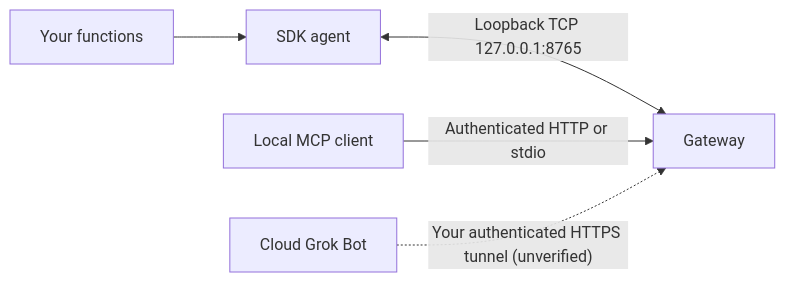
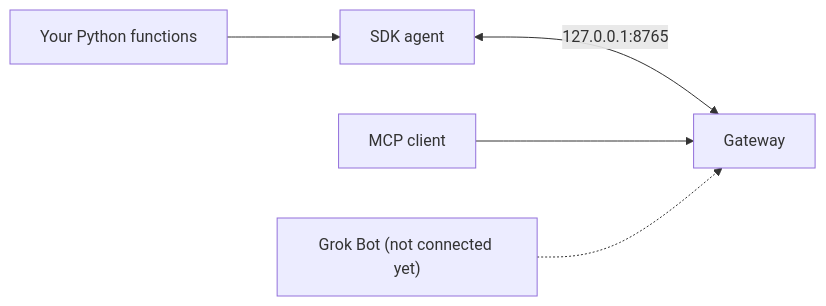
One commit to adidshaft/grok-gadgets-linux-sdk changed the diagram in README.md. Above: the diagram before and after it, drawn with Mermaid. The commit also changed other lines of this file, not shown here.

````diff
--- a/README.md
+++ b/README.md
@@ -60,7 +46,7 @@
 ```mermaid
 flowchart LR
-    A["Your functions"] --> S["SDK agent"]
-    S <-->|"Loopback TCP 127.0.0.1:8765"| G["Gateway"]
-    C["Local MCP client"] -->|"Authenticated HTTP or stdio"| G
-    B["Cloud Grok Bot"] -.->|"Your authenticated HTTPS tunnel (unverified)"| G
+    A["Your Python functions"] --> S["SDK agent"]
+    S <-->|"127.0.0.1:8765"| G["Gateway"]
+    C["MCP client"] --> G
+    B["Grok Bot (not connected yet)"] -.-> G
 ```
````
